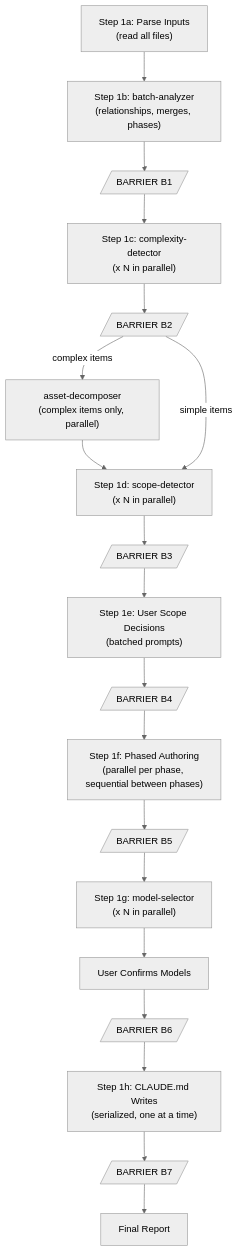
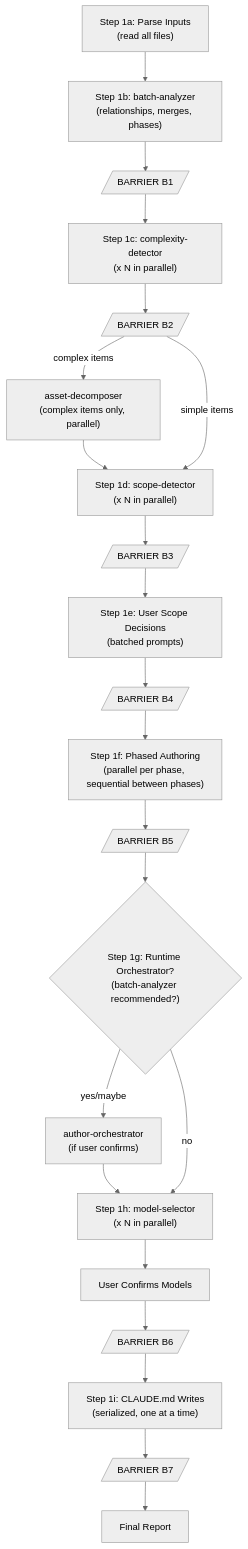
Before and after one commit to DigitalCowboyN/claude-asset-writer: the third of 10 diagrams in docs/architecture.md, drawn with Mermaid (neutral theme). The commit also changed other lines of this file and 5 other files, not shown here.

````diff
--- a/docs/architecture.md
+++ b/docs/architecture.md
@@ -67,32 +67,38 @@
 ```mermaid
 flowchart TD
     parse["Step 1a: Parse Inputs\n(read all files)"]
     ba["Step 1b: batch-analyzer\n(relationships, merges, phases)"]
     b1[/"BARRIER B1"/]
 
     cd["Step 1c: complexity-detector\n(x N in parallel)"]
     b2[/"BARRIER B2"/]
     decomp["asset-decomposer\n(complex items only, parallel)"]
 
     sd["Step 1d: scope-detector\n(x N in parallel)"]
     b3[/"BARRIER B3"/]
 
     scope_prompt["Step 1e: User Scope Decisions\n(batched prompts)"]
     b4[/"BARRIER B4"/]
 
     author["Step 1f: Phased Authoring\n(parallel per phase, sequential between phases)"]
     b5[/"BARRIER B5"/]
 
-    ms["Step 1g: model-selector\n(x N in parallel)"]
+    runtime{"Step 1g: Runtime Orchestrator?\n(batch-analyzer recommended?)"}
+    create_orch["author-orchestrator\n(if user confirms)"]
+
+    ms["Step 1h: model-selector\n(x N in parallel)"]
     model_prompt["User Confirms Models"]
     b6[/"BARRIER B6"/]
 
-    claude_md["Step 1h: CLAUDE.md Writes\n(serialized, one at a time)"]
+    claude_md["Step 1i: CLAUDE.md Writes\n(serialized, one at a time)"]
     b7[/"BARRIER B7"/]
     report["Final Report"]
 
     parse --> ba --> b1 --> cd --> b2
     b2 -->|"complex items"| decomp --> sd
     b2 -->|"simple items"| sd
-    sd --> b3 --> scope_prompt --> b4 --> author --> b5 --> ms --> model_prompt --> b6 --> claude_md --> b7 --> report
+    sd --> b3 --> scope_prompt --> b4 --> author --> b5 --> runtime
+    runtime -->|"yes/maybe"| create_orch --> ms
+    runtime -->|"no"| ms
+    ms --> model_prompt --> b6 --> claude_md --> b7 --> report
 ```
````
